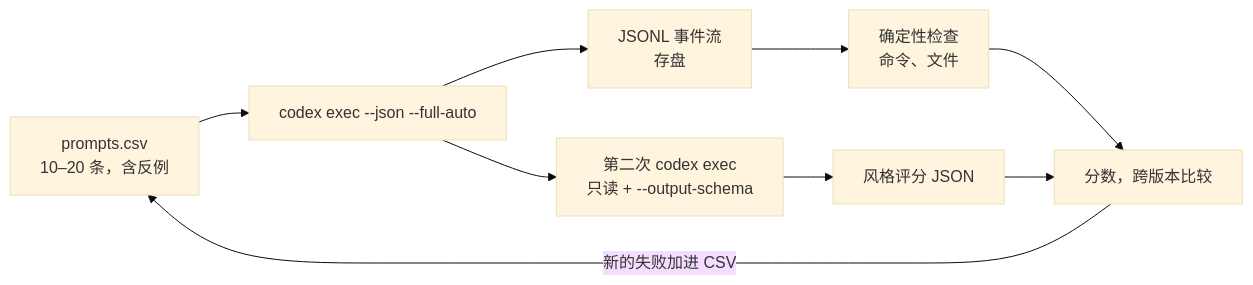
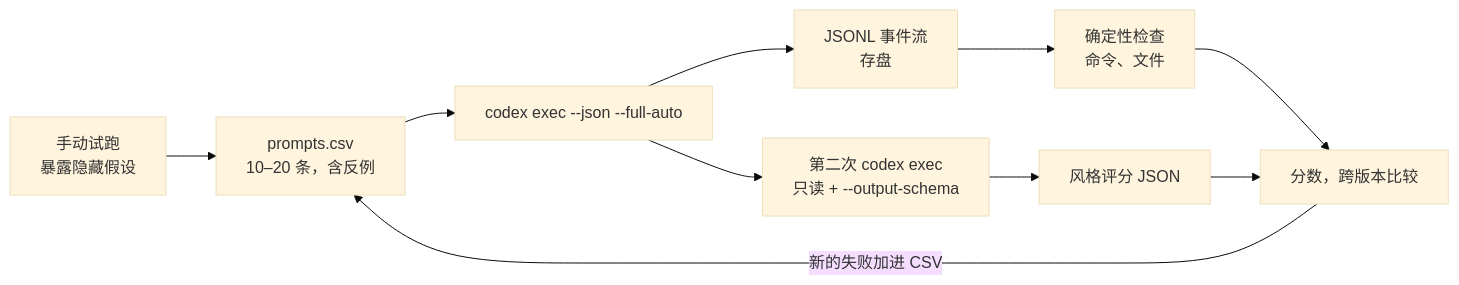
The diagram in docs/47-openai-eval-skills.md (yzw7489757/ai-coding-videos), drawn with Mermaid (base theme) before and after one commit. The commit also changed other lines of this file and 6 other files, not shown here.

````diff
--- a/docs/47-openai-eval-skills.md
+++ b/docs/47-openai-eval-skills.md
@@ -49,11 +65,12 @@
 ```mermaid
 flowchart LR
-    A["prompts.csv<br/>10–20 条，含反例"] --> B["codex exec --json --full-auto"]
+    M["手动试跑<br/>暴露隐藏假设"] --> A["prompts.csv<br/>10–20 条，含反例"]
+    A --> B["codex exec --json --full-auto"]
     B --> C["JSONL 事件流<br/>存盘"]
     C --> D["确定性检查<br/>命令、文件"]
     B --> E["第二次 codex exec<br/>只读 + --output-schema"]
     E --> F["风格评分 JSON"]
     D --> G["分数，跨版本比较"]
     F --> G
     G -- "新的失败加进 CSV" --> A
 ```
````
